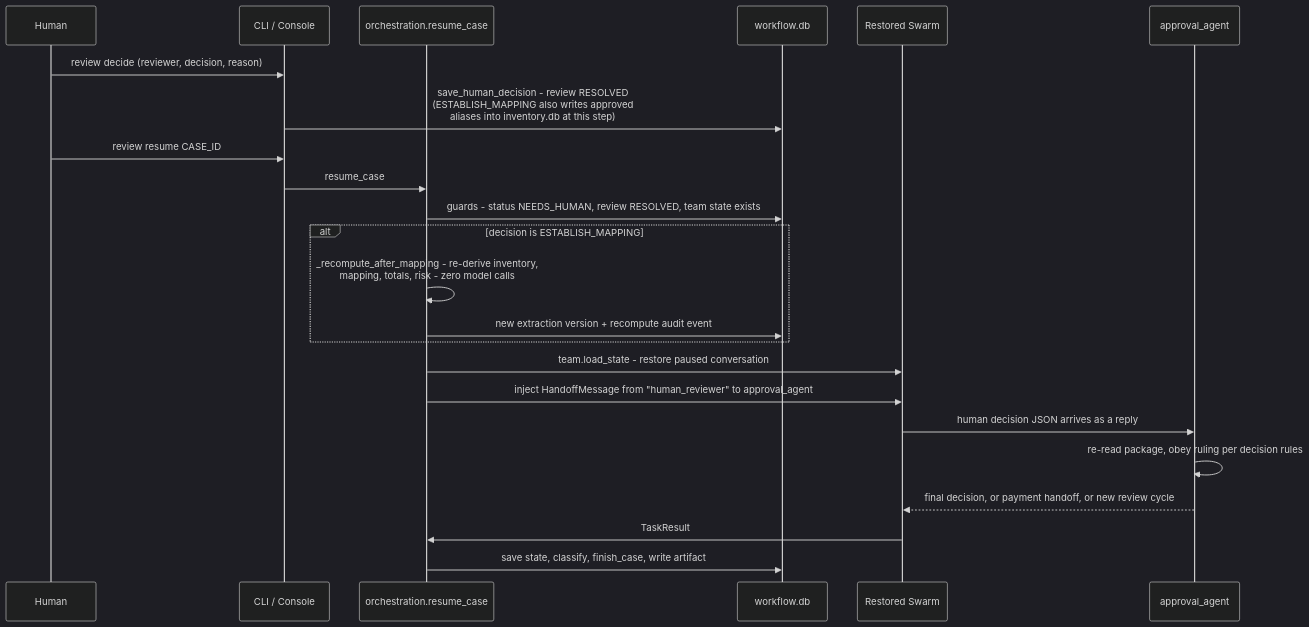
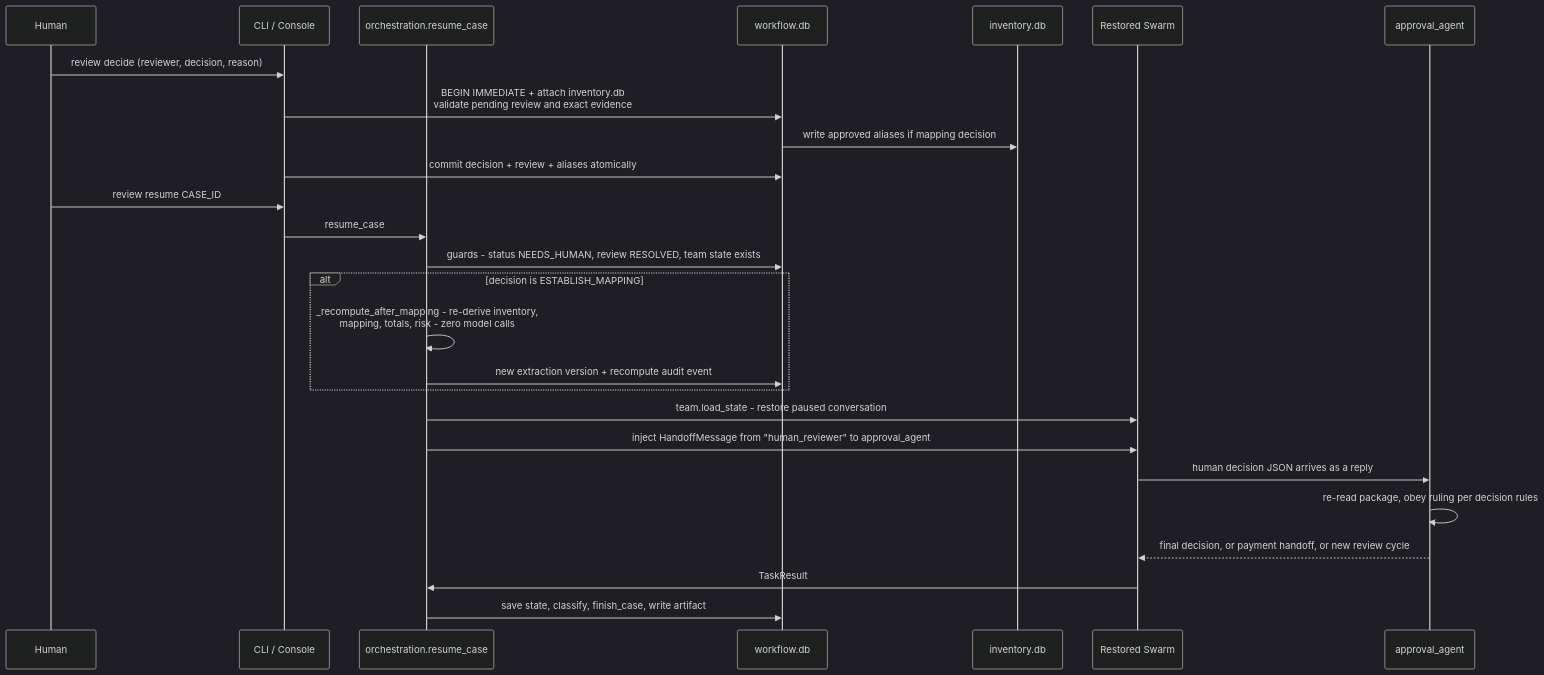
Before and after one commit to rmehta678/InvoiceProcessing: the sixth of 10 diagrams in Docs/SYSTEM_GUIDE.md, drawn with Mermaid (dark theme). The commit also changed other lines of this file and 9 other files, not shown here.

````diff
--- a/Docs/SYSTEM_GUIDE.md
+++ b/Docs/SYSTEM_GUIDE.md
@@ -400,26 +447,29 @@
 ```mermaid
 sequenceDiagram
     participant H as Human
     participant CLI as CLI / Console
     participant O as orchestration.resume_case
     participant S as workflow.db
+    participant I as inventory.db
     participant T as Restored Swarm
     participant A as approval_agent
 
     H->>CLI: review decide (reviewer, decision, reason)
-    CLI->>S: save_human_decision - review RESOLVED<br/>(ESTABLISH_MAPPING also writes approved<br/>aliases into inventory.db at this step)
+    CLI->>S: BEGIN IMMEDIATE + attach inventory.db<br/>validate pending review and exact evidence
+    S->>I: write approved aliases if mapping decision
+    CLI->>S: commit decision + review + aliases atomically
     H->>CLI: review resume CASE_ID
     CLI->>O: resume_case
     O->>S: guards - status NEEDS_HUMAN, review RESOLVED, team state exists
     alt decision is ESTABLISH_MAPPING
         O->>O: _recompute_after_mapping - re-derive inventory,<br/>mapping, totals, risk - zero model calls
         O->>S: new extraction version + recompute audit event
     end
     O->>T: team.load_state - restore paused conversation
     O->>T: inject HandoffMessage from "human_reviewer" to approval_agent
     T->>A: human decision JSON arrives as a reply
     A->>A: re-read package, obey ruling per decision rules
     A-->>T: final decision, or payment handoff, or new review cycle
     T->>O: TaskResult
     O->>S: save state, classify, finish_case, write artifact
 ```
````
